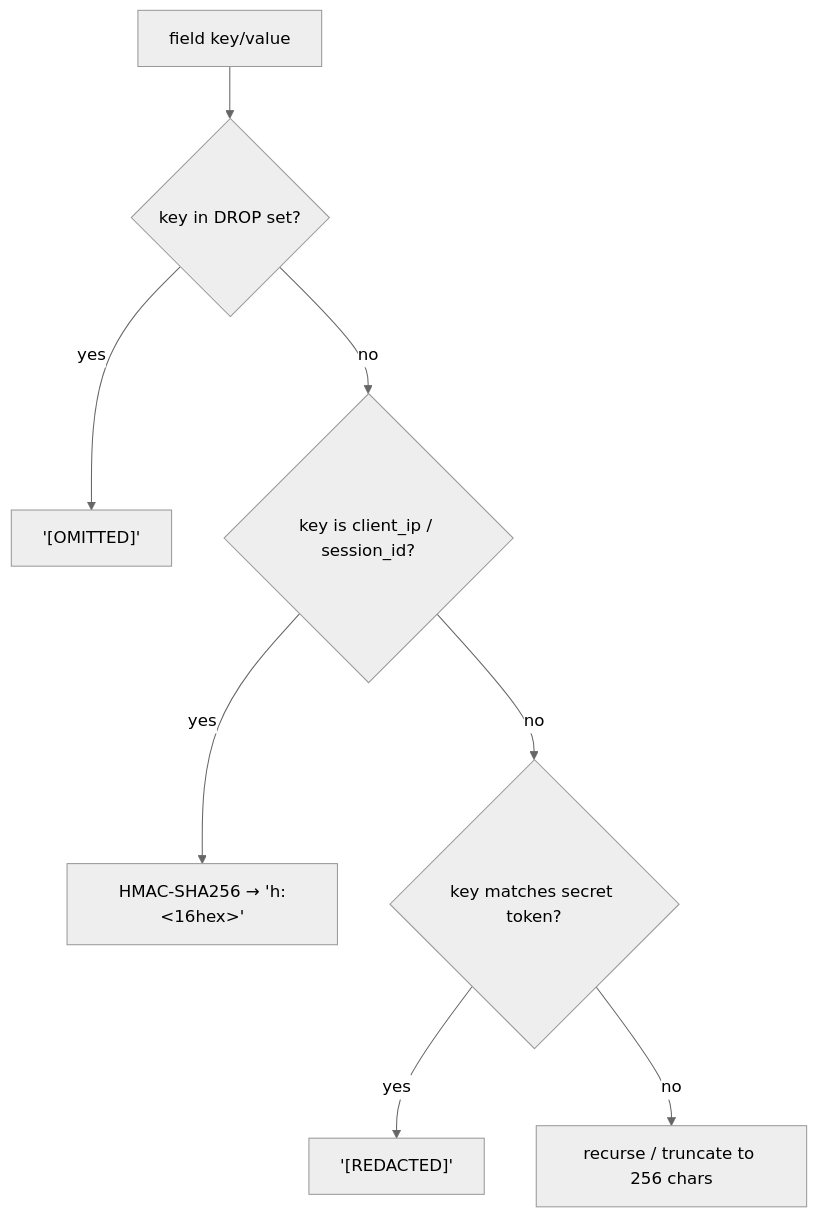
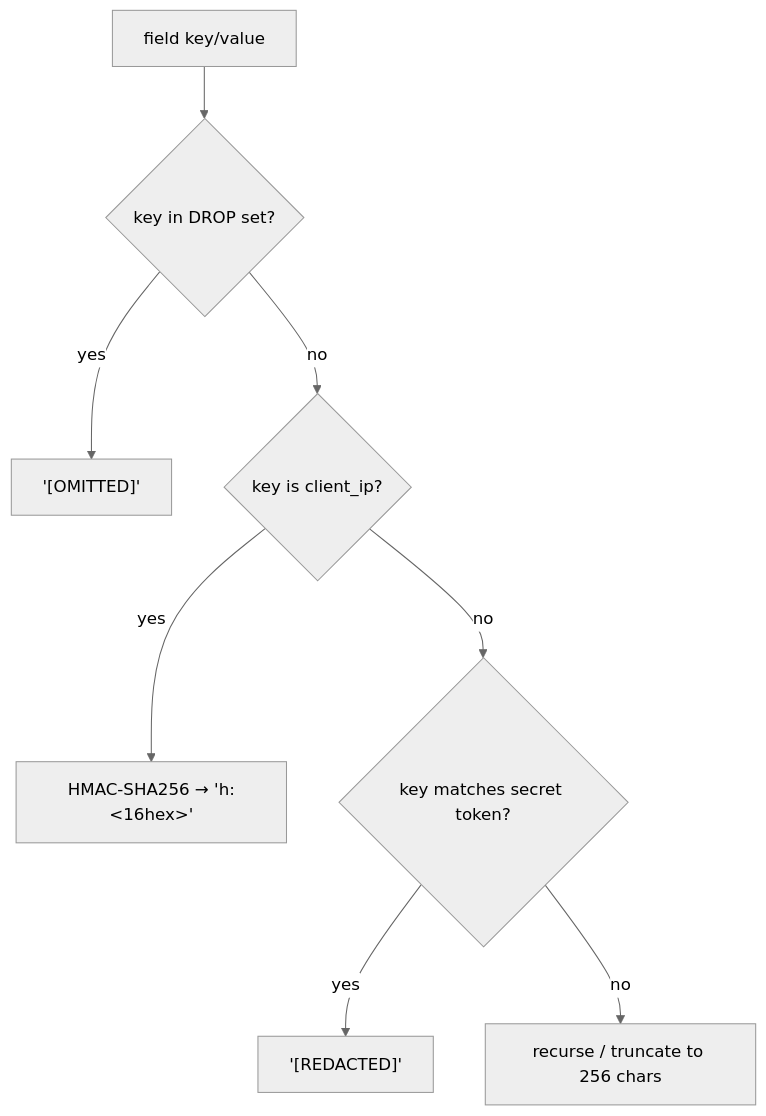
One commit to konstantinosmpouros/mAgenticX changed the fourth of 5 diagrams in docs/development/observability.md. Above: the diagram before and after it, drawn with Mermaid (neutral theme). The commit also changed other lines of this file and 18 other files, not shown here.

````diff
--- a/docs/development/observability.md
+++ b/docs/development/observability.md
@@ -167,10 +167,10 @@
 ```mermaid
 flowchart TD
     F["field key/value"] --> D{key in DROP set?}
     D -->|yes| O["'[OMITTED]'"]
-    D -->|no| H{key is client_ip / session_id?}
+    D -->|no| H{key is client_ip?}
     H -->|yes| HH["HMAC-SHA256 → 'h:<16hex>'"]
     H -->|no| S{key matches secret token?}
     S -->|yes| R["'[REDACTED]'"]
     S -->|no| T["recurse / truncate to 256 chars"]
 ```
````
